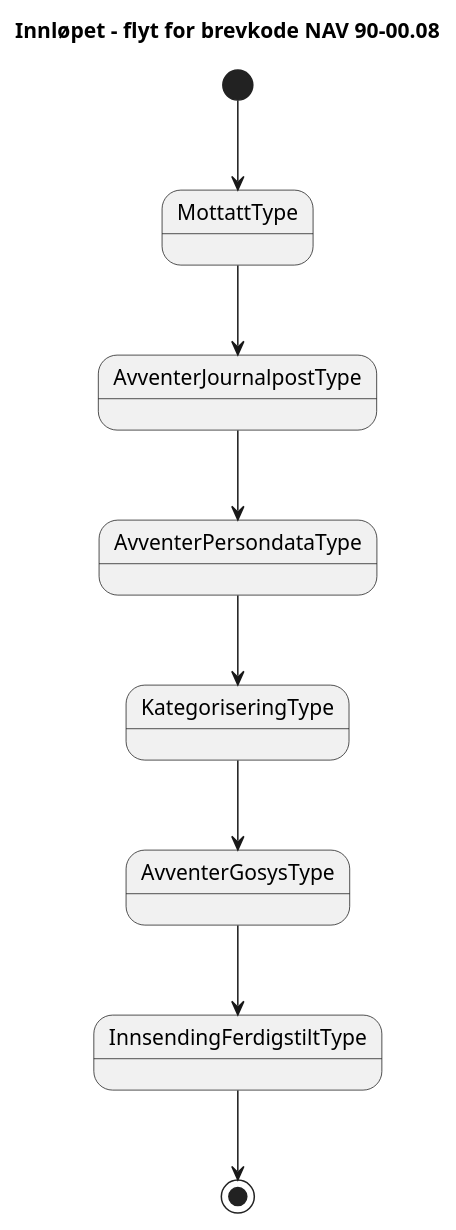
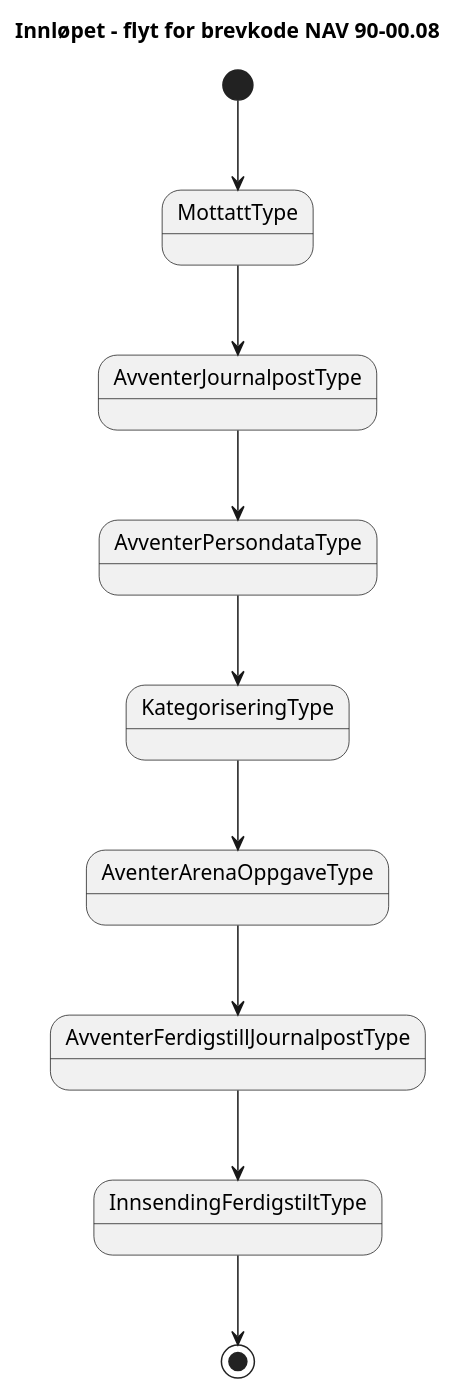
Before and after one commit to navikt/dp-mottak: the diagram in docs/arkitektur/tilstander/NAV 90-00.08.approved.puml, drawn with PlantUML. The commit also changed 5 other files, not shown here.

```diff
--- a/docs/arkitektur/tilstander/NAV 90-00.08.approved.puml
+++ b/docs/arkitektur/tilstander/NAV 90-00.08.approved.puml
@@ -1,12 +1,13 @@
 @startuml
 title 
 Innløpet – flyt for brevkode NAV 90-00.08
 end title           
 [*]-->MottattType 
 MottattType --> AvventerJournalpostType
 AvventerJournalpostType --> AvventerPersondataType
 AvventerPersondataType --> KategoriseringType
-KategoriseringType --> AvventerGosysType
-AvventerGosysType --> InnsendingFerdigstiltType
+KategoriseringType --> AventerArenaOppgaveType
+AventerArenaOppgaveType --> AvventerFerdigstillJournalpostType
+AvventerFerdigstillJournalpostType --> InnsendingFerdigstiltType
 InnsendingFerdigstiltType--> [*]
 @enduml
```
